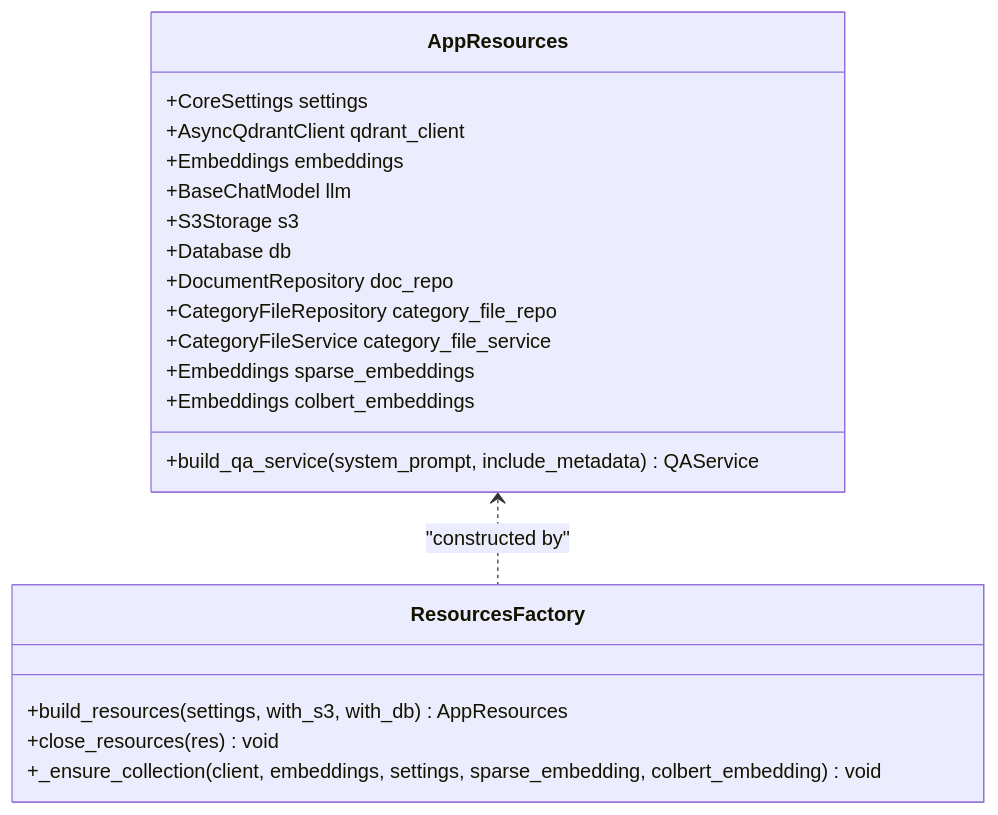
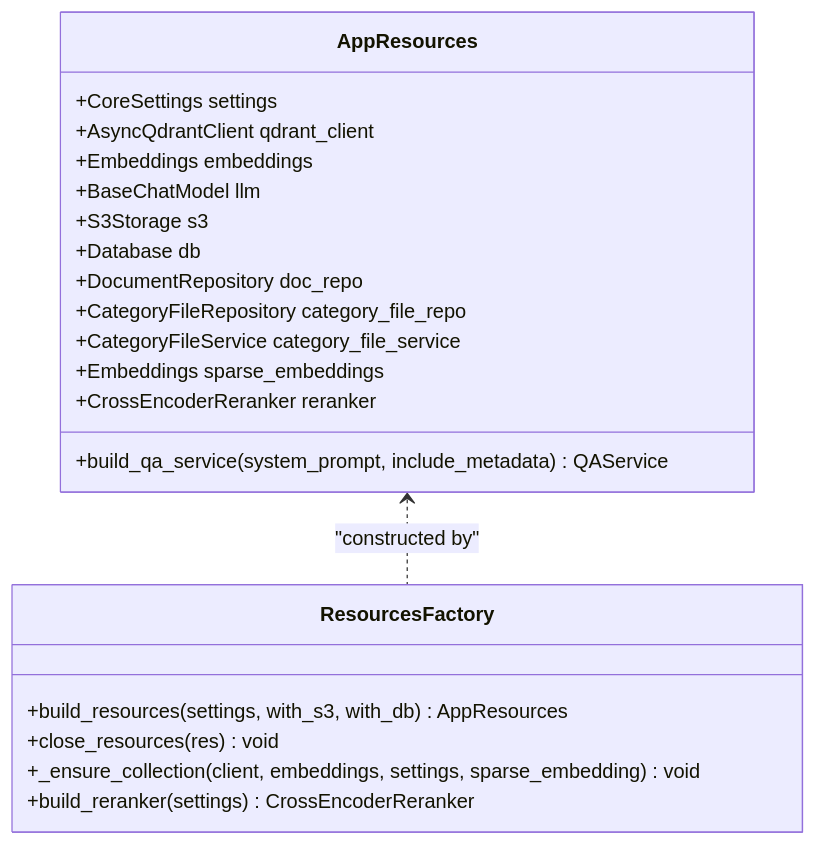
The third of 8 diagrams in .qoder/repowiki/en/content/API Reference/Resource Management System.md (ognelis/cafetera_hr_bot), drawn with Mermaid before and after one commit. The commit also changed other lines of this file and 6 other files, not shown here.

````diff
--- a/.qoder/repowiki/en/content/API Reference/Resource Management System.md
+++ b/.qoder/repowiki/en/content/API Reference/Resource Management System.md
@@ -186,23 +204,24 @@
 ```mermaid
 classDiagram
 class AppResources {
 +CoreSettings settings
 +AsyncQdrantClient qdrant_client
 +Embeddings embeddings
 +BaseChatModel llm
 +S3Storage s3
 +Database db
 +DocumentRepository doc_repo
 +CategoryFileRepository category_file_repo
 +CategoryFileService category_file_service
 +Embeddings sparse_embeddings
-+Embeddings colbert_embeddings
++CrossEncoderReranker reranker
 +build_qa_service(system_prompt, include_metadata) QAService
 }
 class ResourcesFactory {
 +build_resources(settings, with_s3, with_db) AppResources
 +close_resources(res) void
-+_ensure_collection(client, embeddings, settings, sparse_embedding, colbert_embedding) void
++_ensure_collection(client, embeddings, settings, sparse_embedding) void
++build_reranker(settings) CrossEncoderReranker
 }
 AppResources <.. ResourcesFactory : "constructed by"
 ```
````
